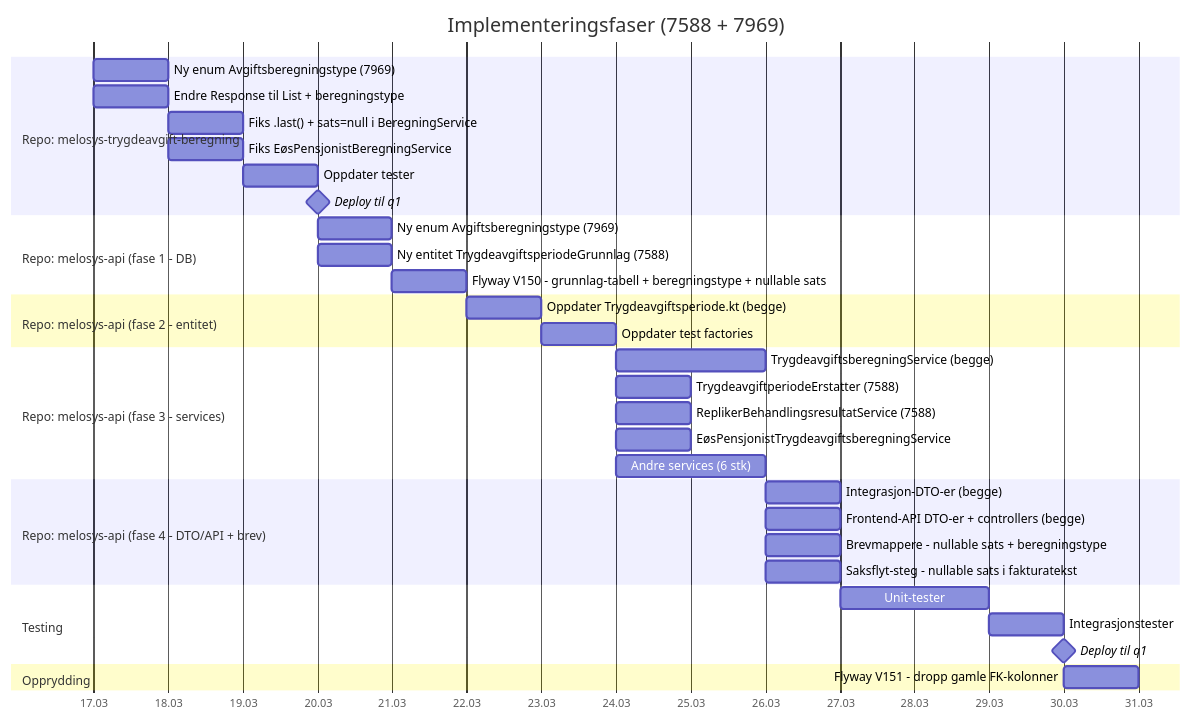
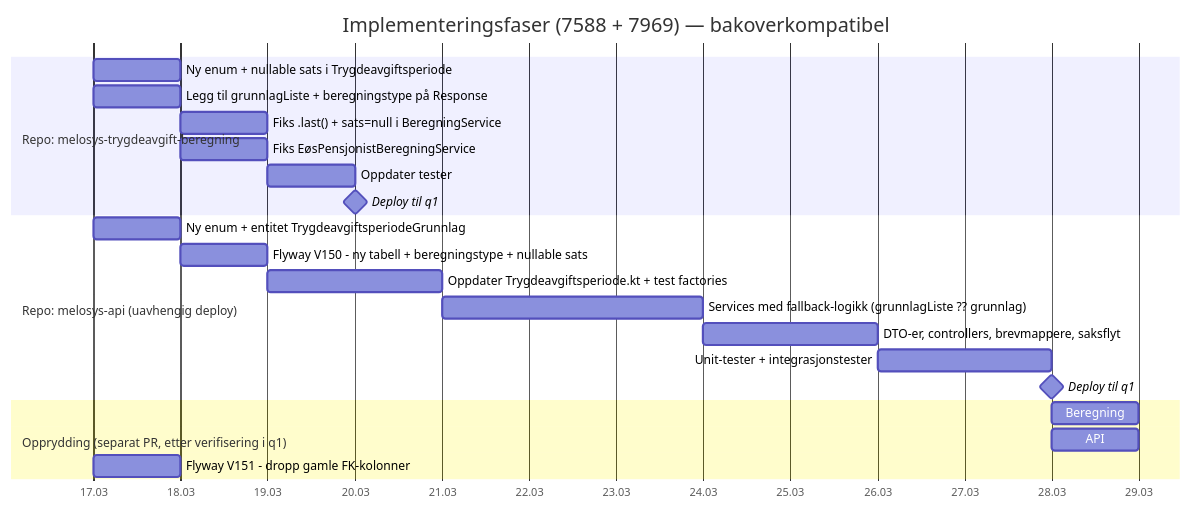
Before and after one commit to navikt/melosys-api: the sixth of 6 diagrams in docs/MELOSYS-7588-implementeringsplan.md, drawn with Mermaid. The commit also changed other lines of this file, not shown here.

First line of the commit message:
7588+7969 Bakoverkompatibel deploy-strategi i implementeringsplan

````diff
--- a/docs/MELOSYS-7588-implementeringsplan.md
+++ b/docs/MELOSYS-7588-implementeringsplan.md
@@ -584,44 +625,28 @@
 ```mermaid
 gantt
-    title Implementeringsfaser (7588 + 7969)
+    title Implementeringsfaser (7588 + 7969) — bakoverkompatibel
     dateFormat  YYYY-MM-DD
     axisFormat  %d.%m
 
     section Repo: melosys-trygdeavgift-beregning
-    Ny enum Avgiftsberegningstype (7969)            :a0, 2026-03-17, 1d
-    Endre Response til List + beregningstype        :a1, 2026-03-17, 1d
+    Ny enum + nullable sats i Trygdeavgiftsperiode  :a0, 2026-03-17, 1d
+    Legg til grunnlagListe + beregningstype på Response :a1, 2026-03-17, 1d
     Fiks .last() + sats=null i BeregningService     :a2, after a1, 1d
     Fiks EøsPensjonistBeregningService              :a3, after a1, 1d
     Oppdater tester                                 :a4, after a2, 1d
     Deploy til q1                                   :milestone, a5, after a4, 0d
 
-    section Repo: melosys-api (fase 1 - DB)
-    Ny enum Avgiftsberegningstype (7969)            :b0, after a4, 1d
-    Ny entitet TrygdeavgiftsperiodeGrunnlag (7588)  :b1, after a4, 1d
-    Flyway V150 - grunnlag-tabell + beregningstype + nullable sats  :b2, after b1, 1d
+    section Repo: melosys-api (uavhengig deploy)
+    Ny enum + entitet TrygdeavgiftsperiodeGrunnlag  :b1, 2026-03-17, 1d
+    Flyway V150 - ny tabell + beregningstype + nullable sats :b2, after b1, 1d
+    Oppdater Trygdeavgiftsperiode.kt + test factories :c1, after b2, 2d
+    Services med fallback-logikk (grunnlagListe ?? grunnlag) :d1, after c1, 3d
+    DTO-er, controllers, brevmappere, saksflyt       :e1, after d1, 2d
+    Unit-tester + integrasjonstester                 :f1, after e1, 2d
+    Deploy til q1                                    :milestone, f2, after f1, 0d
 
-    section Repo: melosys-api (fase 2 - entitet)
-    Oppdater Trygdeavgiftsperiode.kt (begge)        :c1, after b2, 1d
-    Oppdater test factories                         :c2, after c1, 1d
-
-    section Repo: melosys-api (fase 3 - services)
-    TrygdeavgiftsberegningService (begge)           :d1, after c2, 2d
-    TrygdeavgiftperiodeErstatter (7588)             :d2, after c2, 1d
-    ReplikerBehandlingsresultatService (7588)        :d3, after c2, 1d
-    EøsPensjonistTrygdeavgiftsberegningService       :d4, after c2, 1d
-    Andre services (6 stk)                          :d5, after c2, 2d
-
-    section Repo: melosys-api (fase 4 - DTO/API + brev)
-    Integrasjon-DTO-er (begge)                      :e1, after d1, 1d
-    Frontend-API DTO-er + controllers (begge)        :e2, after d1, 1d
-    Brevmappere - nullable sats + beregningstype     :e3, after d1, 1d
-    Saksflyt-steg - nullable sats i fakturatekst     :e4, after d1, 1d
-
-    section Testing
-    Unit-tester                                     :f1, after e4, 2d
-    Integrasjonstester                              :f2, after f1, 1d
-    Deploy til q1                                   :milestone, f3, after f2, 0d
-
-    section Opprydding
-    Flyway V151 - dropp gamle FK-kolonner           :g1, after f3, 1d
+    section Opprydding (separat PR, etter verifisering i q1)
+    Beregning: fjern deprecated grunnlag-felt         :g1, after f2, 1d
+    API: fjern legacy fallback-kode                   :g2, after f2, 1d
+    Flyway V151 - dropp gamle FK-kolonner             :g3, after g2, 1d
 ```
````
